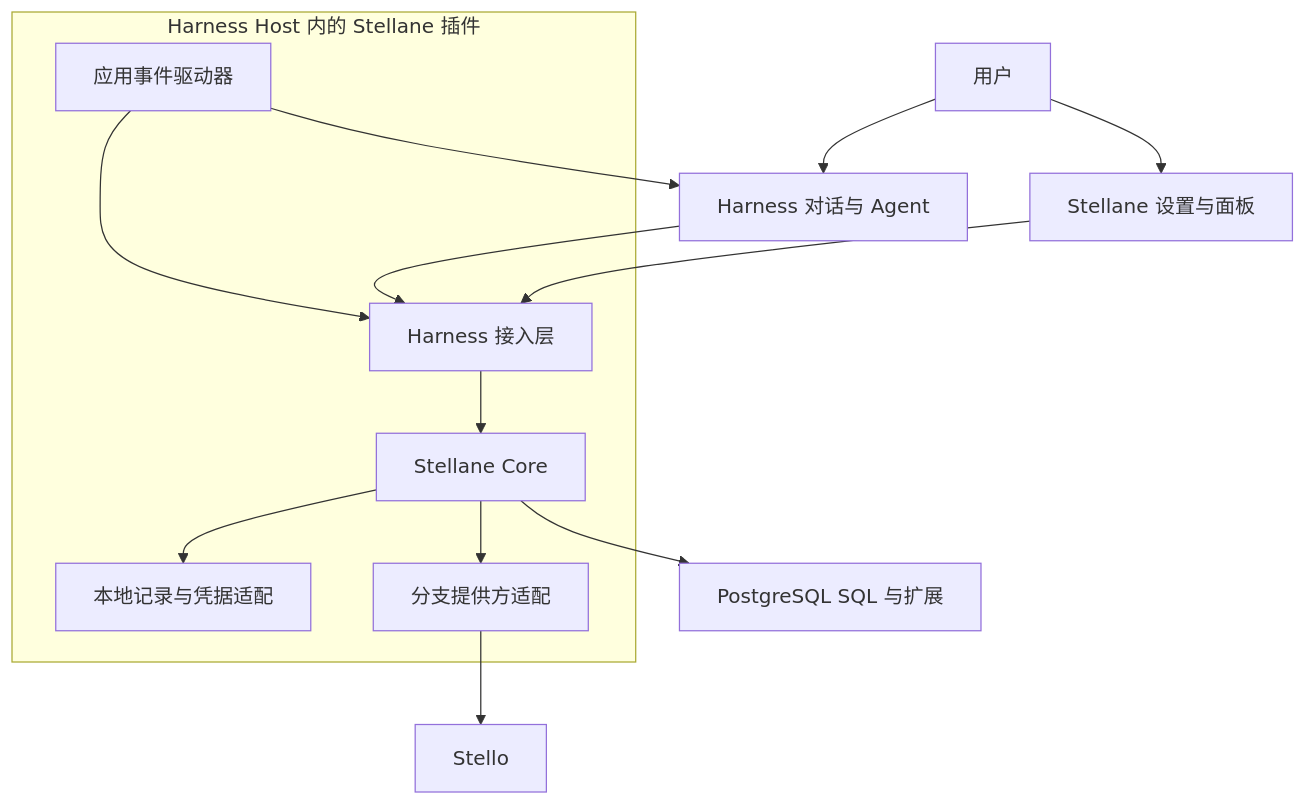
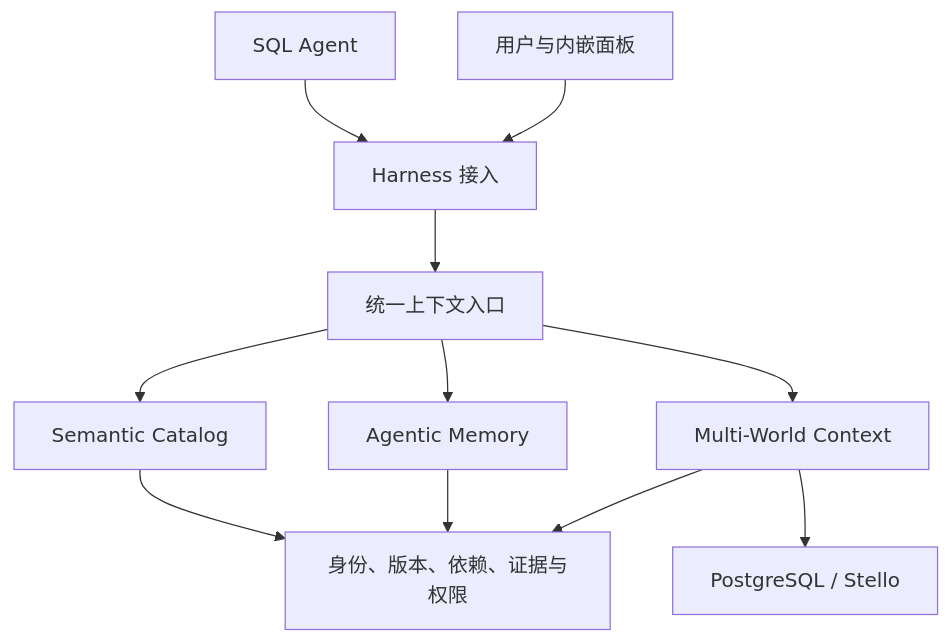
The diagram in PRODUCT.md (czNail/Stellane), drawn with Mermaid before and after one commit. The commit also changed other lines of this file and 11 other files, not shown here.

Commit message:
refactor: align Stellane with Agent Data Context

````diff
--- a/PRODUCT.md
+++ b/PRODUCT.md
@@ -86,16 +66,13 @@
 ```mermaid
 flowchart TB
-    USER[用户] --> CHAT[Harness 对话与 Agent]
-    USER --> PANEL[Stellane 设置与面板]
-    subgraph HOST[Harness Host 内的 Stellane 插件]
-        DRIVER[应用事件驱动器] --> ADAPTER[Harness 接入层]
-        ADAPTER --> CORE[Stellane Core]
-        CORE --> LOCAL[本地记录与凭据适配]
-        CORE --> PROVIDER[分支提供方适配]
-    end
-    DRIVER --> CHAT
-    CHAT --> ADAPTER
-    PANEL --> ADAPTER
-    CORE --> PG[PostgreSQL SQL 与扩展]
-    PROVIDER --> STELLO[Stello]
+    A[SQL Agent] --> H[Harness 接入]
+    U[用户与内嵌面板] --> H
+    H --> C[统一上下文入口]
+    C --> S[Semantic Catalog]
+    C --> M[Agentic Memory]
+    C --> W[Multi-World Context]
+    S --> V[身份、版本、依赖、证据与权限]
+    M --> V
+    W --> V
+    W --> D[PostgreSQL / Stello]
 ```
````
